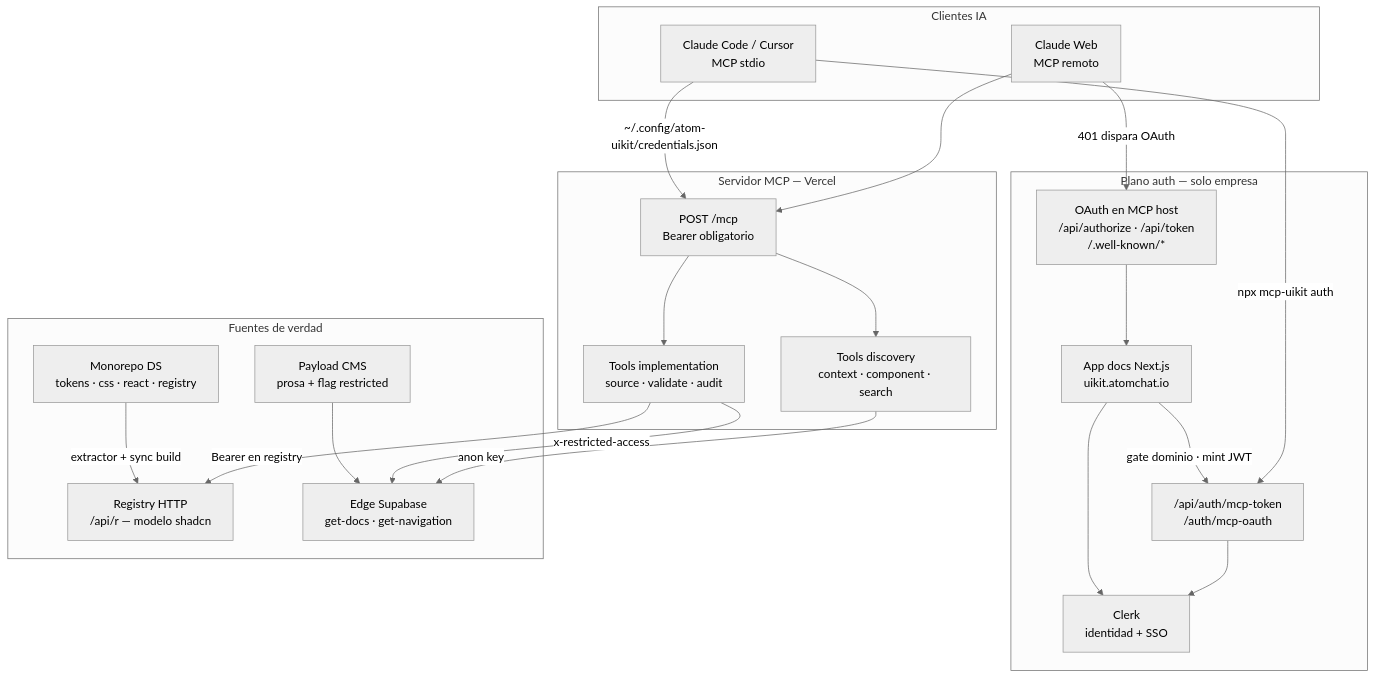
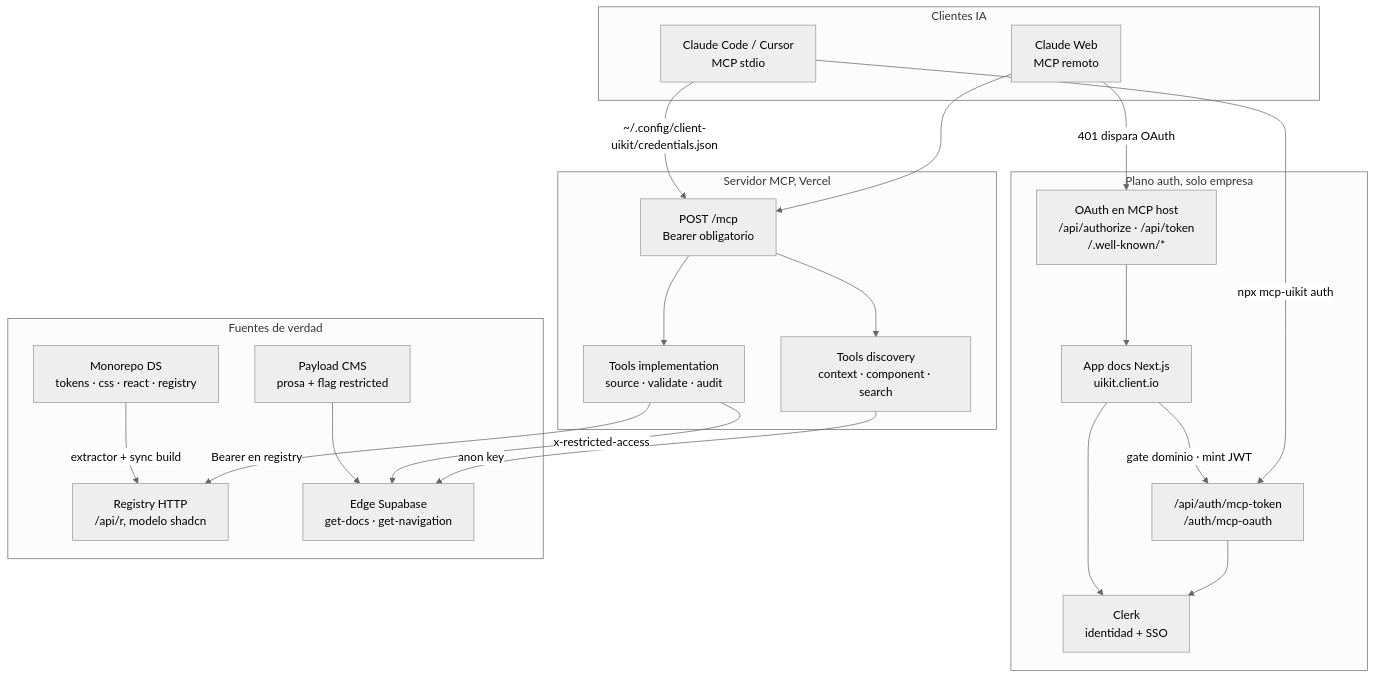
One commit to karenrebecag/Portfolio2026 changed the fourth of 6 diagrams in apps/web/src/content/projects/design-system-ships-itself-es.md. Above: the diagram before and after it, drawn with Mermaid (neutral theme). The commit also changed other lines of this file and 2 other files, not shown here.

First line of the commit message:
docs(portfolio): sync design-system case study and anonymize client

````diff
--- a/apps/web/src/content/projects/design-system-ships-itself-es.md
+++ b/apps/web/src/content/projects/design-system-ships-itself-es.md
@@ -279,43 +282,43 @@
-```mermaid Arquitectura plataforma MCP ATOM UIKit
+```mermaid Arquitectura plataforma MCP Client UIKit
 flowchart TB
   subgraph Clients["Clientes IA"]
     CW["Claude Web<br/>MCP remoto"]
     IDE["Claude Code / Cursor<br/>MCP stdio"]
   end
 
-  subgraph AuthPlane["Plano auth — solo empresa"]
+  subgraph AuthPlane["Plano auth, solo empresa"]
     Clerk["Clerk<br/>identidad + SSO"]
-    DocsApp["App docs Next.js<br/>uikit.atomchat.io"]
+    DocsApp["App docs Next.js<br/>uikit.client.io"]
     TokenRoutes["/api/auth/mcp-token<br/>/auth/mcp-oauth"]
     OAuthEP["OAuth en MCP host<br/>/api/authorize · /api/token<br/>/.well-known/*"]
   end
 
-  subgraph MCPPlane["Servidor MCP — Vercel"]
+  subgraph MCPPlane["Servidor MCP, Vercel"]
     Gate["POST /mcp<br/>Bearer obligatorio"]
     DiscTools["Tools discovery<br/>context · component · search"]
     ImplTools["Tools implementation<br/>source · validate · audit"]
   end
 
   subgraph Sources["Fuentes de verdad"]
     DS["Monorepo DS<br/>tokens · css · react · registry"]
-    RegAPI["Registry HTTP<br/>/api/r — modelo shadcn"]
+    RegAPI["Registry HTTP<br/>/api/r, modelo shadcn"]
     SB["Edge Supabase<br/>get-docs · get-navigation"]
     CMS["Payload CMS<br/>prosa + flag restricted"]
   end
 
   CW -->|401 dispara OAuth| OAuthEP
   IDE -->|npx mcp-uikit auth| TokenRoutes
   OAuthEP --> DocsApp
   TokenRoutes --> Clerk
   DocsApp --> Clerk
   DocsApp -->|gate dominio · mint JWT| TokenRoutes
   CW --> Gate
-  IDE -->|~/.config/atom-uikit/credentials.json| Gate
+  IDE -->|~/.config/client-uikit/credentials.json| Gate
   Gate --> DiscTools
   Gate --> ImplTools
   DiscTools -->|anon key| SB
   ImplTools -->|Bearer en registry| RegAPI
   ImplTools -->|x-restricted-access| SB
   DS -->|extractor + sync build| RegAPI
   CMS --> SB
 ```
````
